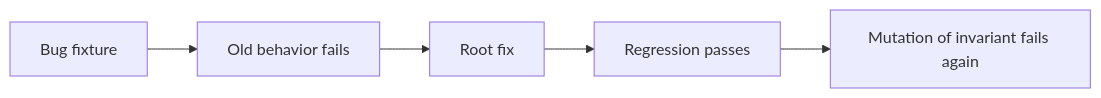
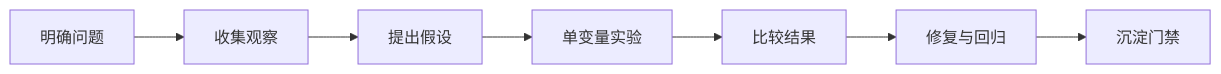
The diagram in docs/engineering/systematic-debugging.md (upJiang/jiang-blog-vitepress), drawn with Mermaid before and after one commit. The commit also changed other lines of this file and 164 other files, not shown here.

````diff
--- a/docs/engineering/systematic-debugging.md
+++ b/docs/engineering/systematic-debugging.md
@@ -159,7 +24,9 @@
 ```mermaid
 flowchart LR
-  B[Bug fixture] --> O[Old behavior fails]
-  O --> F[Root fix]
-  F --> R[Regression passes]
-  R --> M[Mutation of invariant fails again]
+  P[明确问题] --> O[收集观察]
+  O --> H[提出假设]
+  H --> E[单变量实验]
+  E --> R[比较结果]
+  R --> F[修复与回归]
+  F --> K[沉淀门禁]
 ```
````
